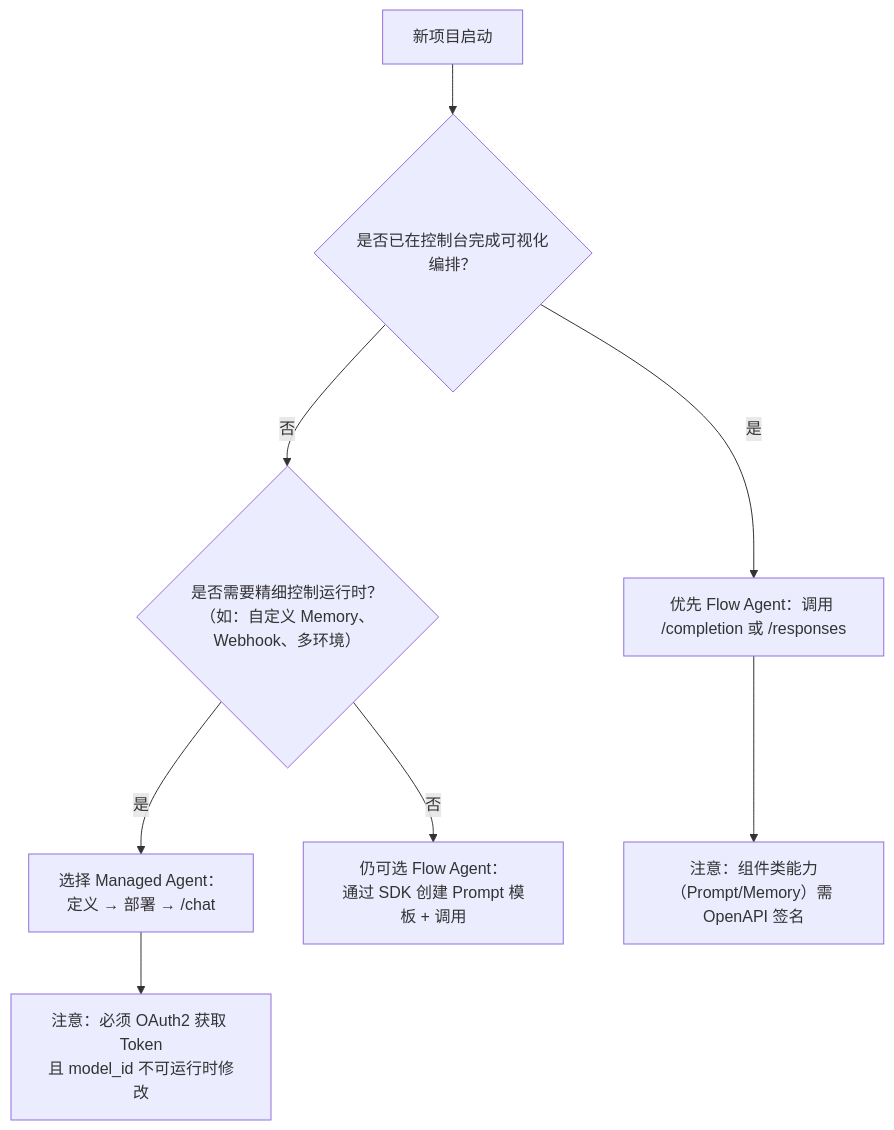
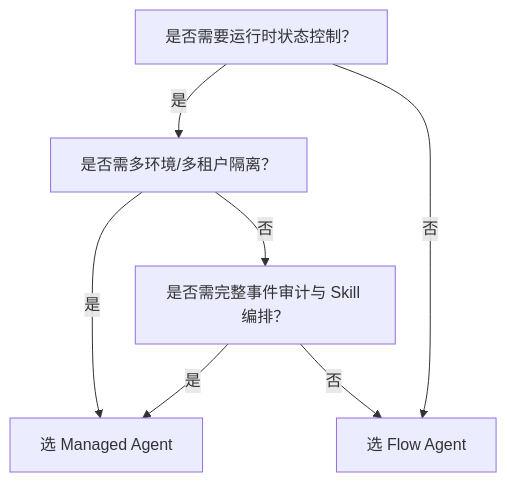
Before and after one commit to modelstudioai/skills: the diagram in skills/bailian-docs-llm-wiki/wiki/comparisons/flow-agent-vs-managed-agents.md, drawn with Mermaid. The commit also changed other lines of this file and 78 other files, not shown here.

````diff
--- a/skills/bailian-docs-llm-wiki/wiki/comparisons/flow-agent-vs-managed-agents.md
+++ b/skills/bailian-docs-llm-wiki/wiki/comparisons/flow-agent-vs-managed-agents.md
@@ -43,10 +54,9 @@
 ```mermaid
 graph TD
-    A[新项目启动] --> B{是否已在控制台完成可视化编排？}
-    B -->|是| C[优先 Flow Agent：调用 /completion 或 /responses]
-    B -->|否| D{是否需要精细控制运行时？<br>（如：自定义 Memory、Webhook、多环境）}
-    D -->|是| E[选择 Managed Agent：<br>定义 → 部署 → /chat]
-    D -->|否| F[仍可选 Flow Agent：<br>通过 SDK 创建 Prompt 模板 + 调用]
-    C --> G[注意：组件类能力<br>（Prompt/Memory）需 OpenAPI 签名]
-    E --> H[注意：必须 OAuth2 获取 Token<br>且 model_id 不可运行时修改]
+    A[是否需要运行时状态控制？] -->|是| B[是否需多环境/多租户隔离？]
+    A -->|否| C[选 Flow Agent]
+    B -->|是| D[选 Managed Agent]
+    B -->|否| E[是否需完整事件审计与 Skill 编排？]
+    E -->|是| D
+    E -->|否| C
 ```
````
